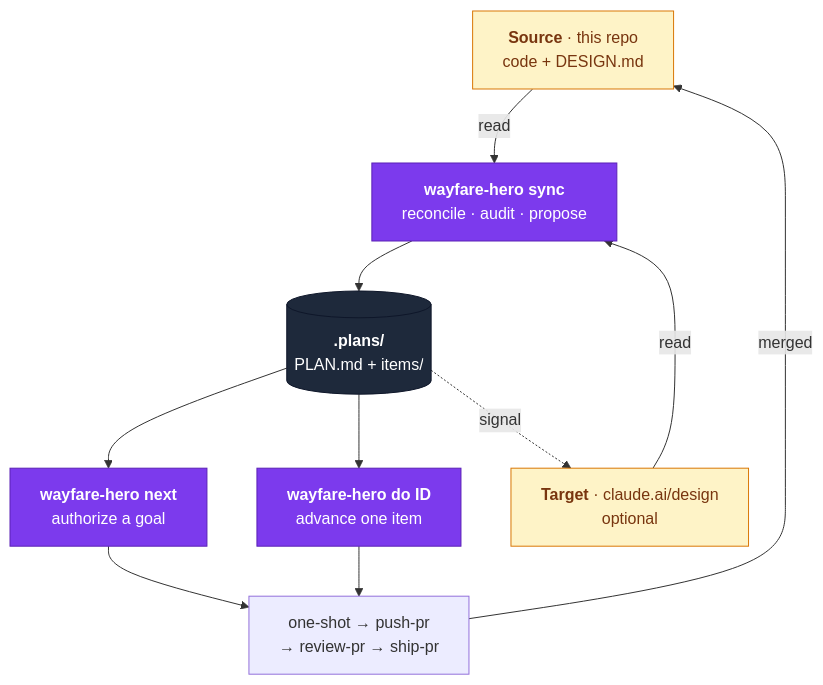
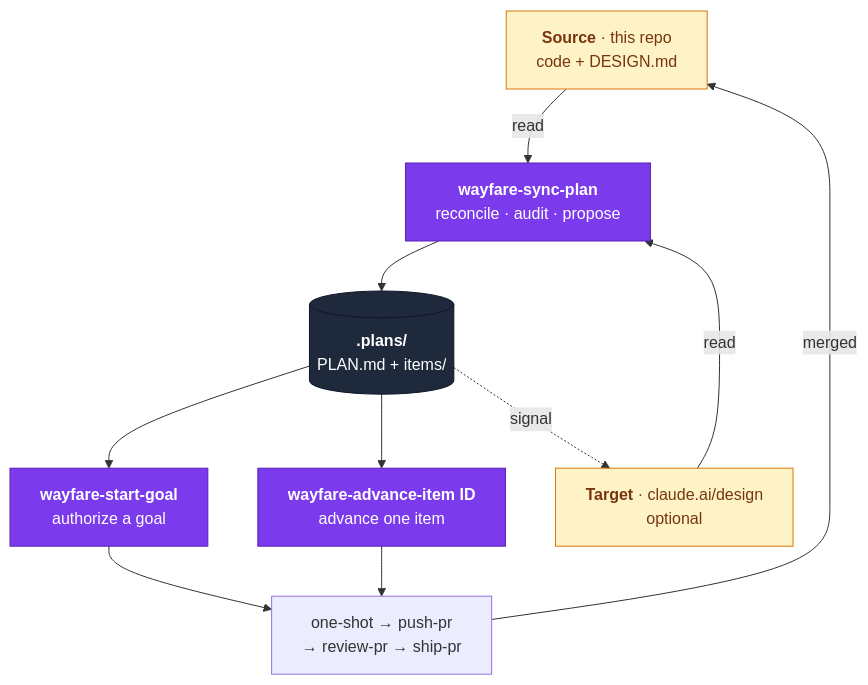
The first of 4 diagrams in README.md (ai-hero/hero-skills), drawn with Mermaid before and after one commit. The commit also changed other lines of this file and 57 other files, not shown here.

````diff
--- a/README.md
+++ b/README.md
@@ -45,27 +45,27 @@
 ```mermaid
 flowchart TB
   SRC["<b>Source</b> · this repo<br/>code + DESIGN.md"]
   TGT["<b>Target</b> · claude.ai/design<br/>optional"]
-  PLAN["<b>wayfare-hero sync</b><br/>reconcile · audit · propose"]
+  PLAN["<b>wayfare-sync-plan</b><br/>reconcile · audit · propose"]
   STORE[("<b>.plans/</b><br/>PLAN.md + items/")]
-  NEXT["<b>wayfare-hero next</b><br/>authorize a goal"]
-  DO["<b>wayfare-hero do ID</b><br/>advance one item"]
+  NEXT["<b>wayfare-start-goal</b><br/>authorize a goal"]
+  DO["<b>wayfare-advance-item ID</b><br/>advance one item"]
   BUILD["one-shot → push-pr<br/>→ review-pr → ship-pr"]
 
   SRC -- read --> PLAN
   TGT -- read --> PLAN
   PLAN --> STORE
   STORE --> NEXT
   STORE --> DO
   NEXT --> BUILD
   DO --> BUILD
   BUILD -- merged --> SRC
   STORE -. signal .-> TGT
 
   classDef verb fill:#7C3AED,stroke:#5B21B6,color:#fff
   classDef store fill:#1E293B,stroke:#0F172A,color:#fff
   classDef end_ fill:#FEF3C7,stroke:#D97706,color:#78350F
   class PLAN,NEXT,DO verb
   class STORE store
   class SRC,TGT end_
 ```
````
